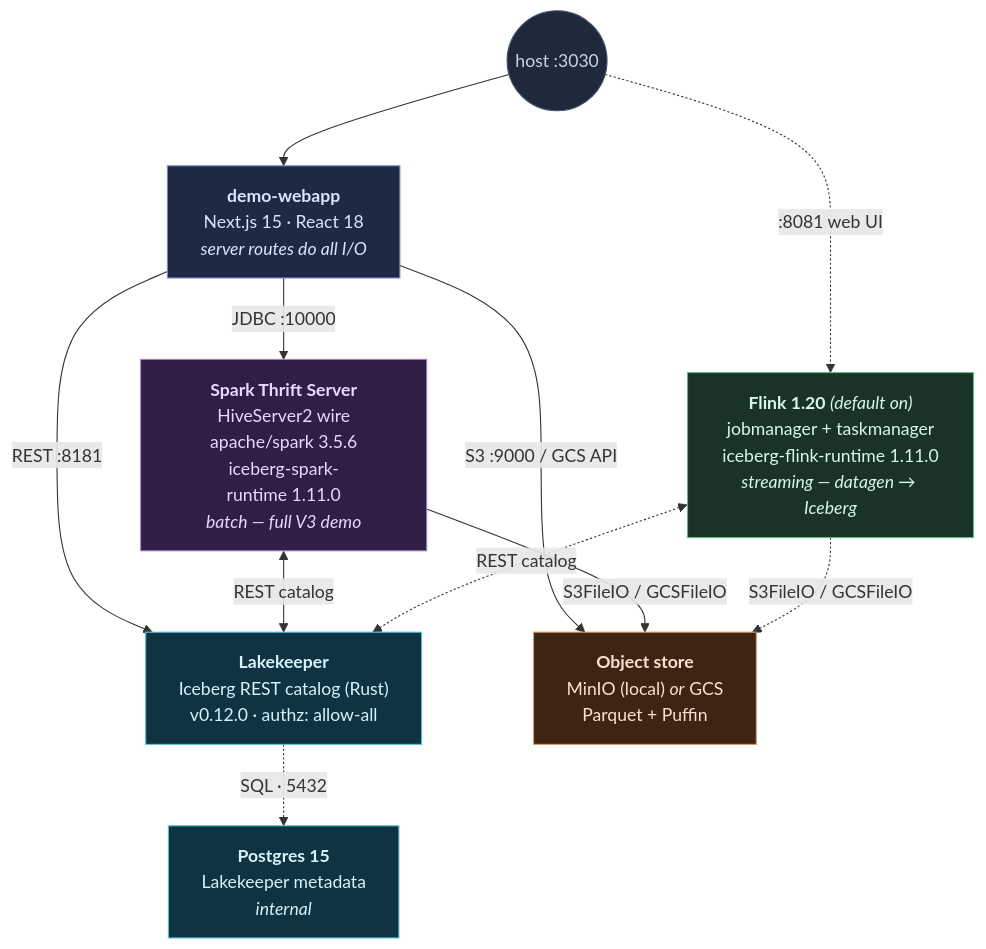
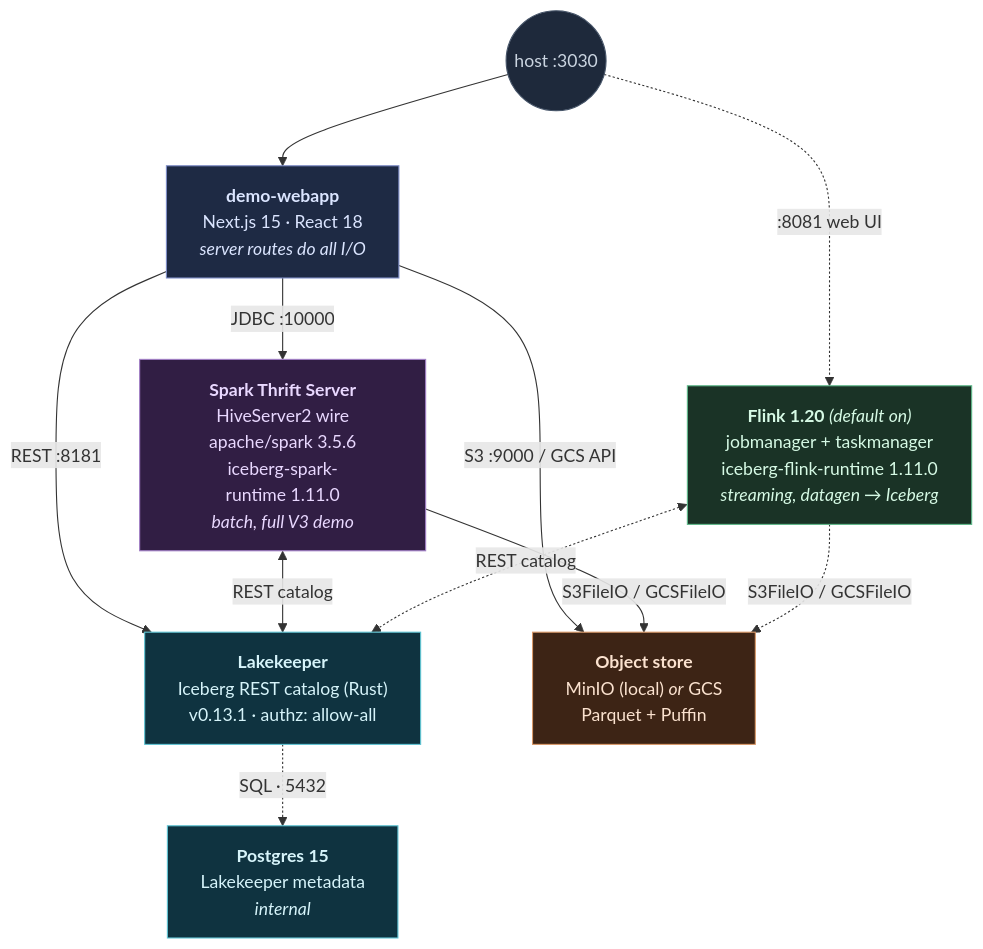
Before and after one commit to Vadoid/open-lakehouse-demo: the diagram in README.md, drawn with Mermaid. The commit also changed other lines of this file and 6 other files, not shown here.

````diff
--- a/README.md
+++ b/README.md
@@ -28,34 +28,34 @@
 ```mermaid
 flowchart TB
     user(("host&nbsp;:3030"))
     web["<b>demo-webapp</b><br/>Next.js&nbsp;15 · React&nbsp;18<br/><i>server routes do all I/O</i>"]
-    spark["<b>Spark&nbsp;Thrift&nbsp;Server</b><br/>HiveServer2&nbsp;wire<br/>apache/spark&nbsp;3.5.6<br/>iceberg-spark-runtime&nbsp;1.11.0<br/><i>batch — full V3 demo</i>"]
-    flink["<b>Flink&nbsp;1.20</b> <i>(default on)</i><br/>jobmanager + taskmanager<br/>iceberg-flink-runtime&nbsp;1.11.0<br/><i>streaming — datagen → Iceberg</i>"]
-    lk["<b>Lakekeeper</b><br/>Iceberg&nbsp;REST&nbsp;catalog (Rust)<br/>v0.12.0 · authz: allow-all"]
+    spark["<b>Spark&nbsp;Thrift&nbsp;Server</b><br/>HiveServer2&nbsp;wire<br/>apache/spark&nbsp;3.5.6<br/>iceberg-spark-runtime&nbsp;1.11.0<br/><i>batch, full V3 demo</i>"]
+    flink["<b>Flink&nbsp;1.20</b> <i>(default on)</i><br/>jobmanager + taskmanager<br/>iceberg-flink-runtime&nbsp;1.11.0<br/><i>streaming, datagen → Iceberg</i>"]
+    lk["<b>Lakekeeper</b><br/>Iceberg&nbsp;REST&nbsp;catalog (Rust)<br/>v0.13.1 · authz: allow-all"]
     minio["<b>Object store</b><br/>MinIO (local) <i>or</i> GCS<br/>Parquet + Puffin"]
     pg["<b>Postgres&nbsp;15</b><br/>Lakekeeper metadata<br/><i>internal</i>"]
 
     user --> web
     user -. ":8081 web UI" .-> flink
     web -- "JDBC :10000" --> spark
     web -- "REST :8181" --> lk
     web -- "S3 :9000 / GCS API" --> minio
     spark <-- "REST catalog" --> lk
     flink <-. "REST catalog" .-> lk
     lk -. "SQL · 5432" .-> pg
     spark -- "S3FileIO / GCSFileIO" --> minio
     flink -. "S3FileIO / GCSFileIO" .-> minio
 
     classDef web fill:#1e2a44,stroke:#7c8cc6,color:#dbe5ff
     classDef compute fill:#311e44,stroke:#a17ec6,color:#e9d8ff
     classDef catalog fill:#0f3340,stroke:#5fc4d3,color:#d6f4fa
     classDef storage fill:#3d2415,stroke:#d99868,color:#fbe2cf
     classDef hostnode fill:#1e293b,stroke:#475569,color:#cbd5e1
     classDef optional fill:#1a3326,stroke:#5fb98a,color:#d6fae5
     class user hostnode
     class web web
     class spark compute
     class flink optional
     class lk,pg catalog
     class minio storage
 ```
````
